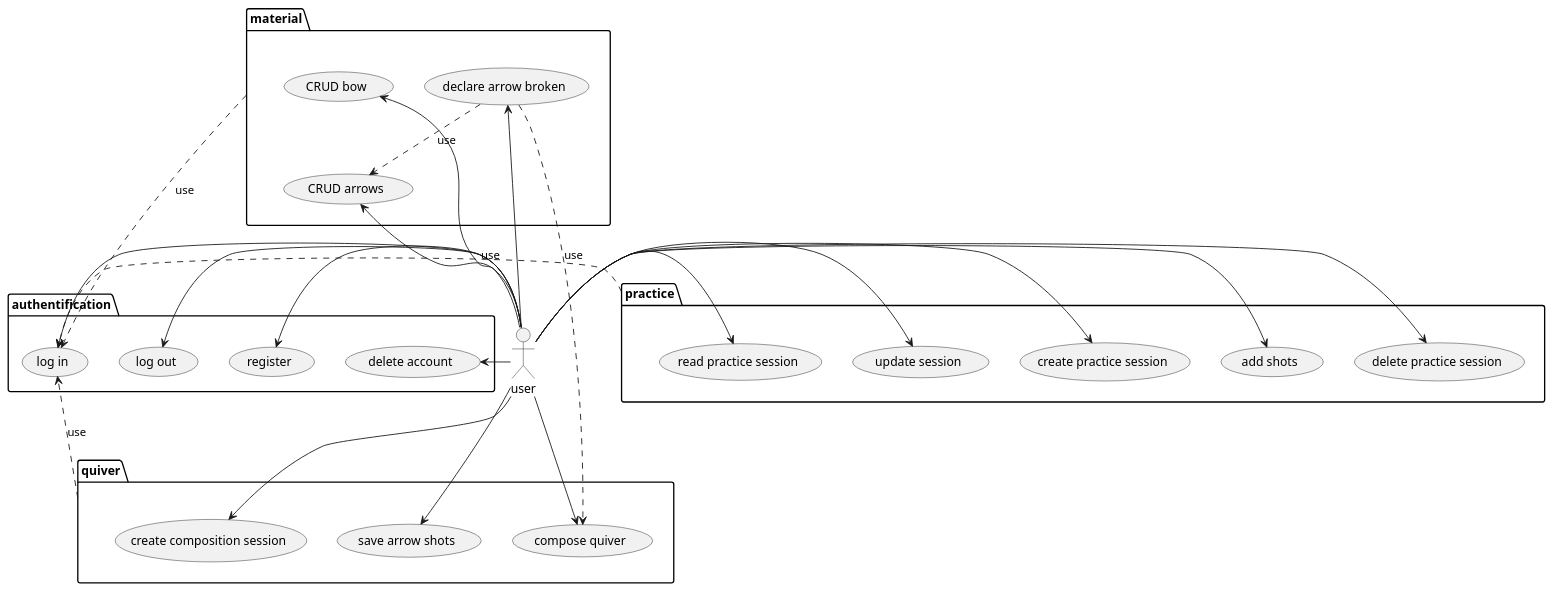
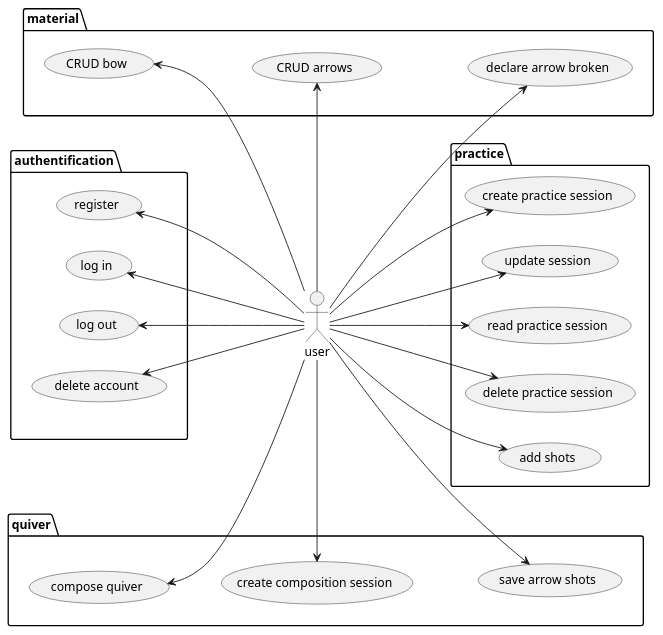
The diagram in docs/diagrams/use_cases.puml (remace/OC-P13_Archery_Buddy), drawn with PlantUML before and after one commit.

Commit message:
Place use case in a compact way

```diff
--- a/docs/diagrams/use_cases.puml
+++ b/docs/diagrams/use_cases.puml
@@ -1,61 +1,62 @@
 @startuml usecases
 
-left to right direction
+actor user as u
 
-actor user as u
-left to right direction
 package material {
-    top to bottom direction
     usecase "CRUD bow" as bow
     usecase "CRUD arrows" as arrows
     usecase "declare arrow broken" as declare_broken
 }
 package practice {
-    top to bottom direction
     usecase "create practice session" as create_session
     usecase "update session" as update_session
     usecase "read practice session" as read_session
     usecase "delete practice session" as delete_session
     usecase "add shots" as add_shots
 }
 
 package quiver{
-    top to bottom direction
     usecase "compose quiver" as compose_quiver
     usecase "create composition session" as compose_session
     usecase "save arrow shots" as save_composition_shots
 }
 
 package authentification{
-    top to bottom direction
+    left to right direction
     usecase "register" as register
     usecase "log in" as login
     usecase "log out" as logout
     usecase "delete account" as unsubscribe
 }
 
+authentification -[hidden]- u
 
+quiver -[hidden]- u
+compose_quiver -[hidden]- compose_session
+compose_session -[hidden]- save_composition_shots
+
+bow -[hidden]- arrows 
+arrows -[hidden]- declare_broken 
+
+material -[hidden]- u
 
 u -left-> register
 u -left-> login
 u -left-> logout
 u -left-> unsubscribe
-u -up-> bow
-u -up-> arrows
-u -up-> declare_broken
-u -right-> create_session
-u -right-> update_session
-u -right-> read_session
-u -right-> delete_session
-u -right-> add_shots
-u -down-> compose_quiver
-u -down-> compose_session
-u -down-> save_composition_shots
 
-declare_broken ..> arrows : use
-declare_broken ..> compose_quiver : use
-practice ..> login : use
-quiver ..> login : use
-material ..> login : use
+u -> bow
+u -> arrows
+u -> declare_broken
+
+u --> create_session
+u --> update_session
+u --> read_session
+u --> delete_session
+u --> add_shots
+
+u -> compose_quiver
+u -> compose_session
+u -> save_composition_shots
 
 @enduml
```
